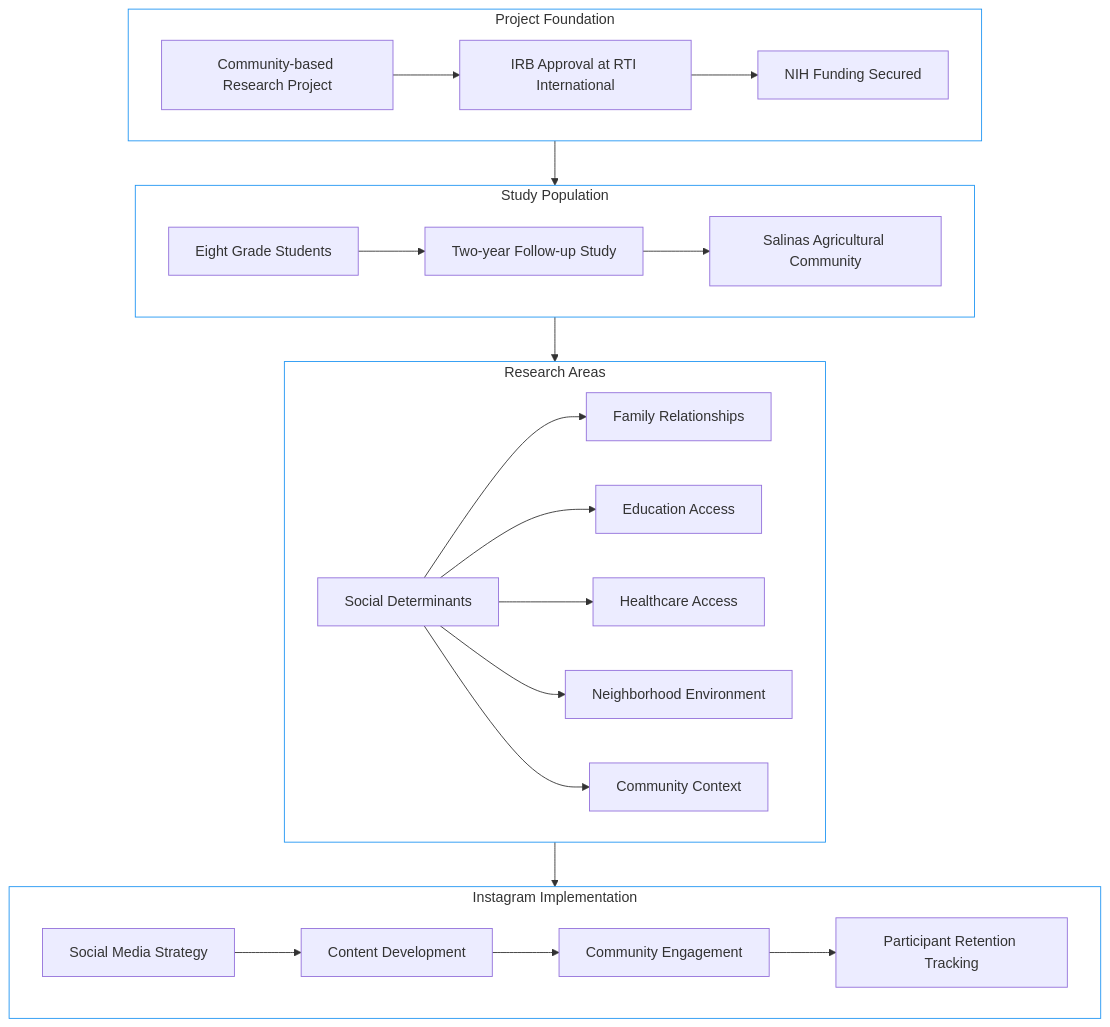
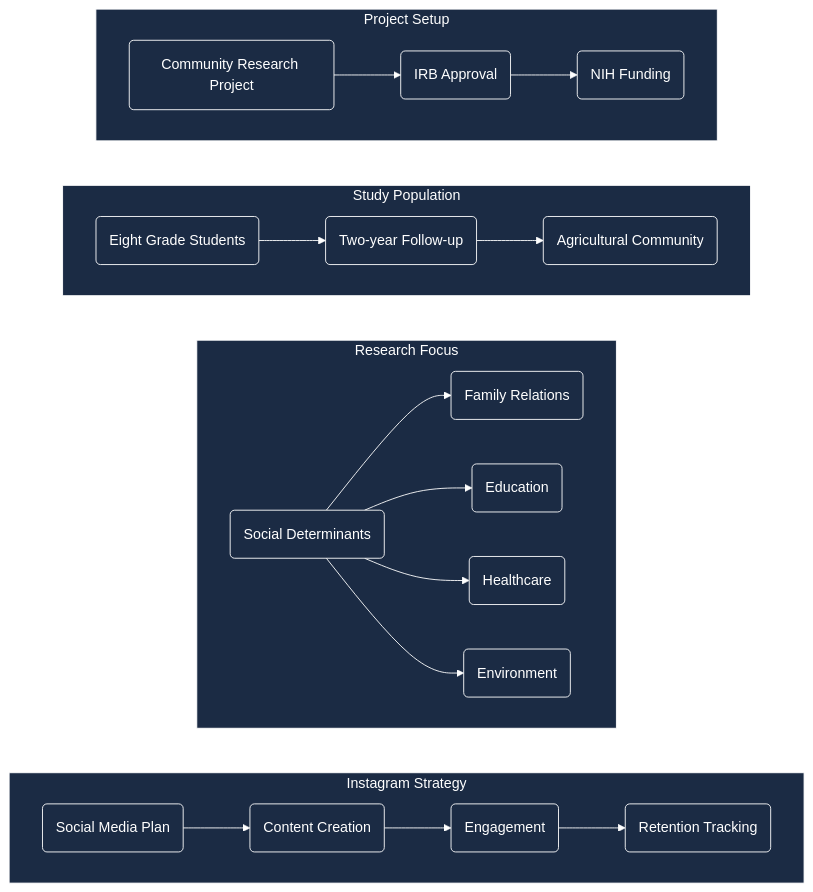
The diagram in detailed-methodology.mermaid (braincomputingsantosh/mermaid-plot), drawn with Mermaid before and after one commit.

```diff
--- a/detailed-methodology.mermaid
+++ b/detailed-methodology.mermaid
@@ -1,33 +1,39 @@
+%%{init: {'theme': 'base', 'themeVariables': { 'fontFamily': 'Calibri', 'backgroundColor': '#1B2B44', 'primaryColor': '#1B2B44', 'primaryTextColor': '#ffffff', 'primaryBorderColor': '#ffffff', 'lineColor': '#ffffff', 'mainBkg': '#1B2B44', 'nodeBorder': '#ffffff', 'clusterBkg': '#1B2B44', 'titleColor': '#ffffff', 'edgeLabelBackground': '#1B2B44'}}}%%
+
 flowchart TB
-    subgraph ProjectSetup["Project Foundation"]
-        A[Community-based Research Project] --> B[IRB Approval at RTI International]
-        B --> C[NIH Funding Secured]
+    subgraph PS[Project Setup]
+        A(Community Research Project)
+        B(IRB Approval)
+        C(NIH Funding)
+        A --> B --> C
     end
 
-    subgraph ParticipantScope["Study Population"]
-        D[Eight Grade Students] --> E[Two-year Follow-up Study]
-        E --> F[Salinas Agricultural Community]
+    subgraph SP[Study Population]
+        D(Eight Grade Students)
+        E(Two-year Follow-up)
+        F(Agricultural Community)
+        D --> E --> F
     end
 
-    subgraph ResearchFocus["Research Areas"]
-        G[Social Determinants] --> H[Family Relationships]
-        G --> I[Education Access]
-        G --> J[Healthcare Access]
-        G --> K[Neighborhood Environment]
-        G --> L[Community Context]
+    subgraph RF[Research Focus]
+        G(Social Determinants)
+        H(Family Relations)
+        I(Education)
+        J(Healthcare)
+        K(Environment)
+        G --> H & I & J & K
     end
 
-    subgraph InstagramStrategy["Instagram Implementation"]
-        M[Social Media Strategy] --> N[Content Development]
-        N --> O[Community Engagement]
-        O --> P[Participant Retention Tracking]
+    subgraph IS[Instagram Strategy]
+        L(Social Media Plan)
+        M(Content Creation)
+        N(Engagement)
+        O(Retention Tracking)
+        L --> M --> N --> O
     end
 
-    ProjectSetup --> ParticipantScope
-    ParticipantScope --> ResearchFocus
-    ResearchFocus --> InstagramStrategy
+    PS --> SP --> RF --> IS
 
-    style ProjectSetup fill:#ffffff,stroke:#2196F3
-    style ParticipantScope fill:#ffffff,stroke:#2196F3
-    style ResearchFocus fill:#ffffff,stroke:#2196F3
-    style InstagramStrategy fill:#ffffff,stroke:#2196F3
+    classDef default fill:#1B2B44,stroke:#ffffff,color:#ffffff
+    classDef node fill:#1B2B44,stroke:#ffffff,color:#ffffff
+    class PS,SP,RF,IS node
```
